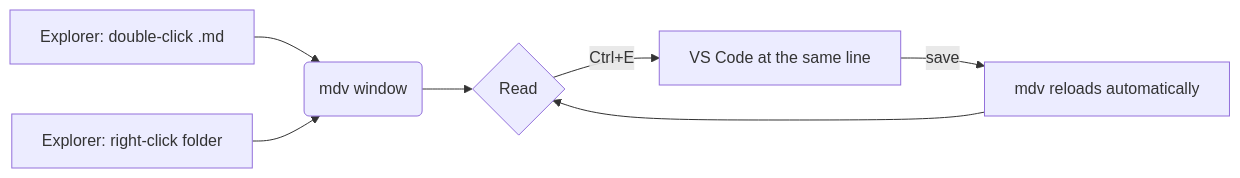
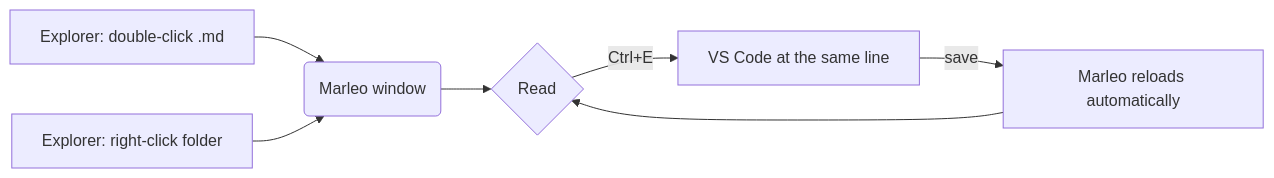
The first of 2 diagrams in samples/demo.md (e-lifegood/marleo), drawn with Mermaid before and after one commit. The commit also changed other lines of this file and 27 other files, not shown here.

First line of the commit message:
Rename mdv to Marleo in code, assets, tests and CI

````diff
--- a/samples/demo.md
+++ b/samples/demo.md
@@ -73,9 +73,9 @@
 ```mermaid
 flowchart LR
-    A[Explorer: double-click .md] --> B(mdv window)
+    A[Explorer: double-click .md] --> B(Marleo window)
     F[Explorer: right-click folder] --> B
     B --> C{Read}
     C -->|Ctrl+E| D[VS Code at the same line]
-    D -->|save| E[mdv reloads automatically]
+    D -->|save| E[Marleo reloads automatically]
     E --> C
 ```
````
